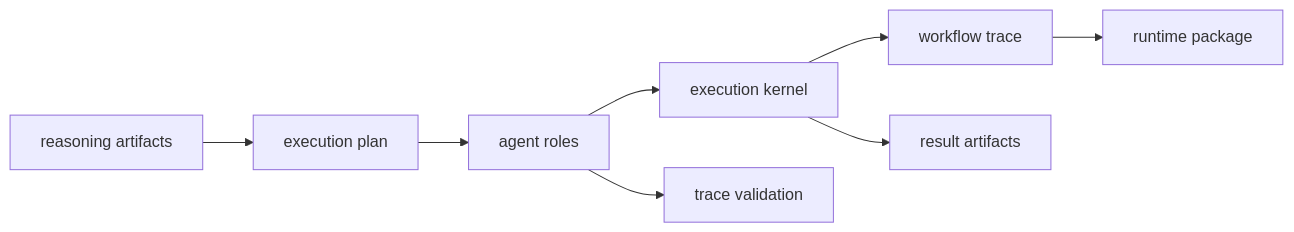
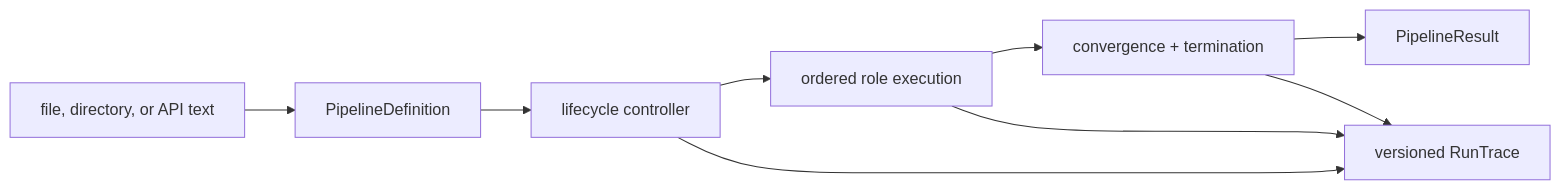
The diagram in docs/05-bijux-canon-agent/index.md (bijux/bijux-canon), drawn with Mermaid before and after one commit. The commit also changed other lines of this file and 1 other file, not shown here.

Commit message:
docs(agent): make orchestration traces inspectable

````diff
--- a/docs/05-bijux-canon-agent/index.md
+++ b/docs/05-bijux-canon-agent/index.md
@@ -23,15 +24,15 @@
 ```mermaid
 flowchart LR
-    inputs["reasoning artifacts"]
-    plan["execution plan"]
-    roles["agent roles"]
-    kernel["execution kernel"]
-    trace["workflow trace"]
-    validation["trace validation"]
-    telemetry["result artifacts"]
-    runtime["runtime package"]
+    input["file, directory, or API text"]
+    definition["PipelineDefinition"]
+    controller["lifecycle controller"]
+    agents["ordered role execution"]
+    convergence["convergence + termination"]
+    result["PipelineResult"]
+    trace["versioned RunTrace"]
 
-    inputs --> plan --> roles --> kernel --> trace --> runtime
-    roles --> validation
-    kernel --> telemetry
+    input --> definition --> controller --> agents --> convergence --> result
+    controller --> trace
+    agents --> trace
+    convergence --> trace
 ```
````
